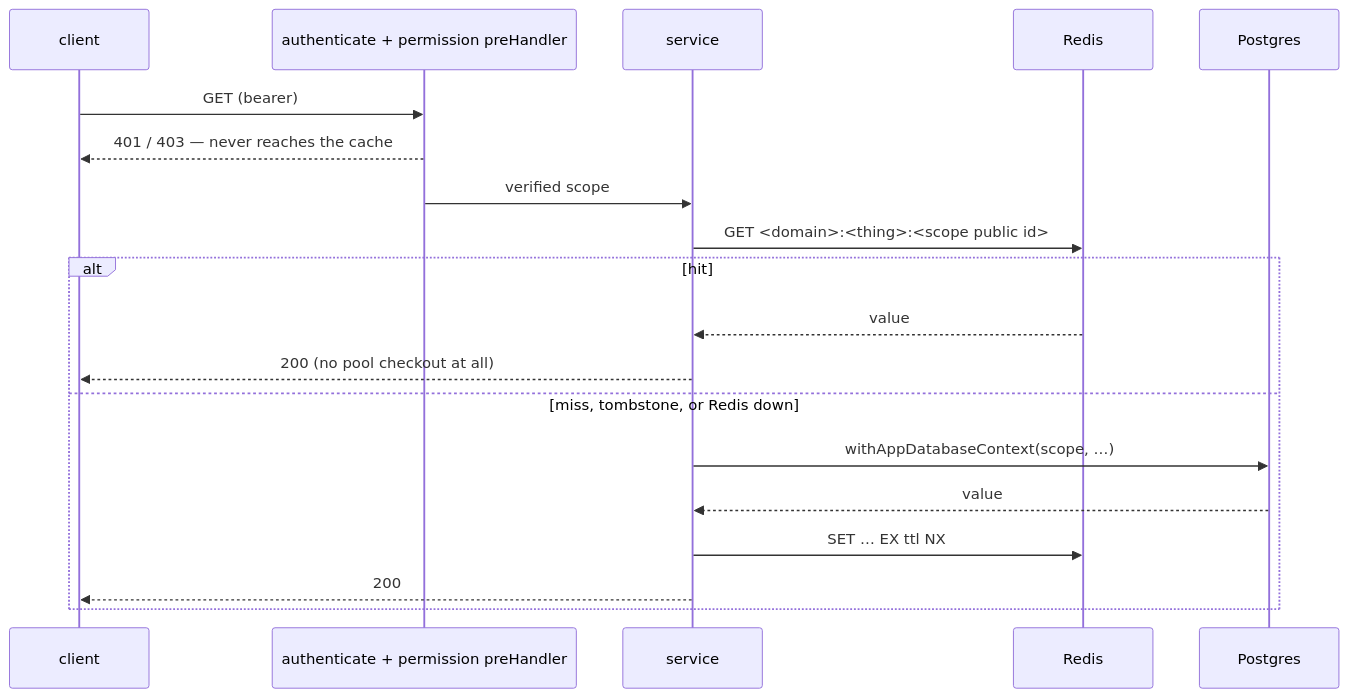
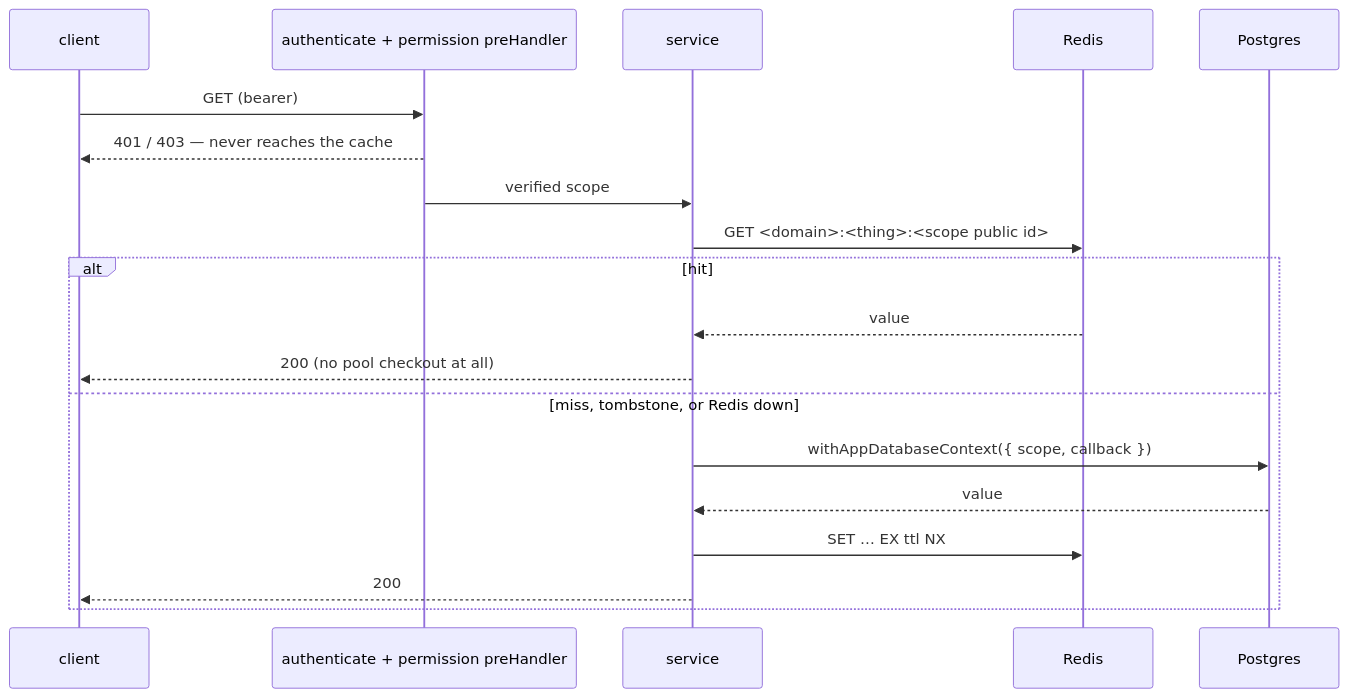
Before and after one commit to albetrios/clinozy-be: the diagram in docs/reference/runtime/read-caching.md, drawn with Mermaid. The commit also changed 684 other files, not shown here.

````diff
--- a/docs/reference/runtime/read-caching.md
+++ b/docs/reference/runtime/read-caching.md
@@ -47,21 +47,21 @@
 ```mermaid
 sequenceDiagram
   participant C as client
   participant A as authenticate + permission preHandler
   participant S as service
   participant R as Redis
   participant PG as Postgres
   C->>A: GET (bearer)
   A-->>C: 401 / 403 — never reaches the cache
   A->>S: verified scope
   S->>R: GET <domain>:<thing>:<scope public id>
   alt hit
     R-->>S: value
     S-->>C: 200 (no pool checkout at all)
   else miss, tombstone, or Redis down
-    S->>PG: withAppDatabaseContext(scope, …)
+    S->>PG: withAppDatabaseContext({ scope, callback })
     PG-->>S: value
     S->>R: SET … EX ttl NX
     S-->>C: 200
   end
 ```
````
